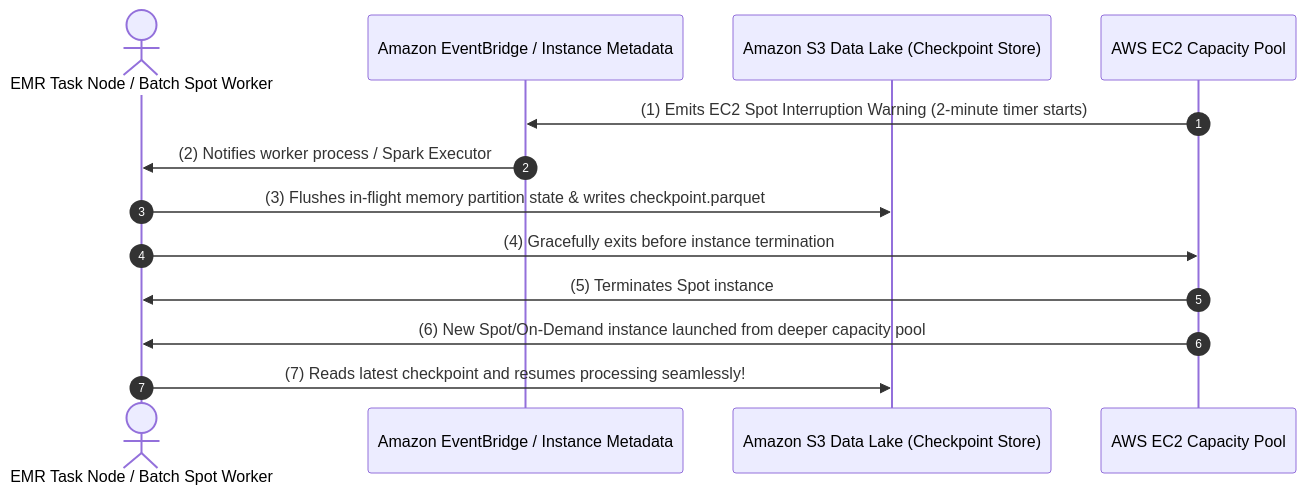
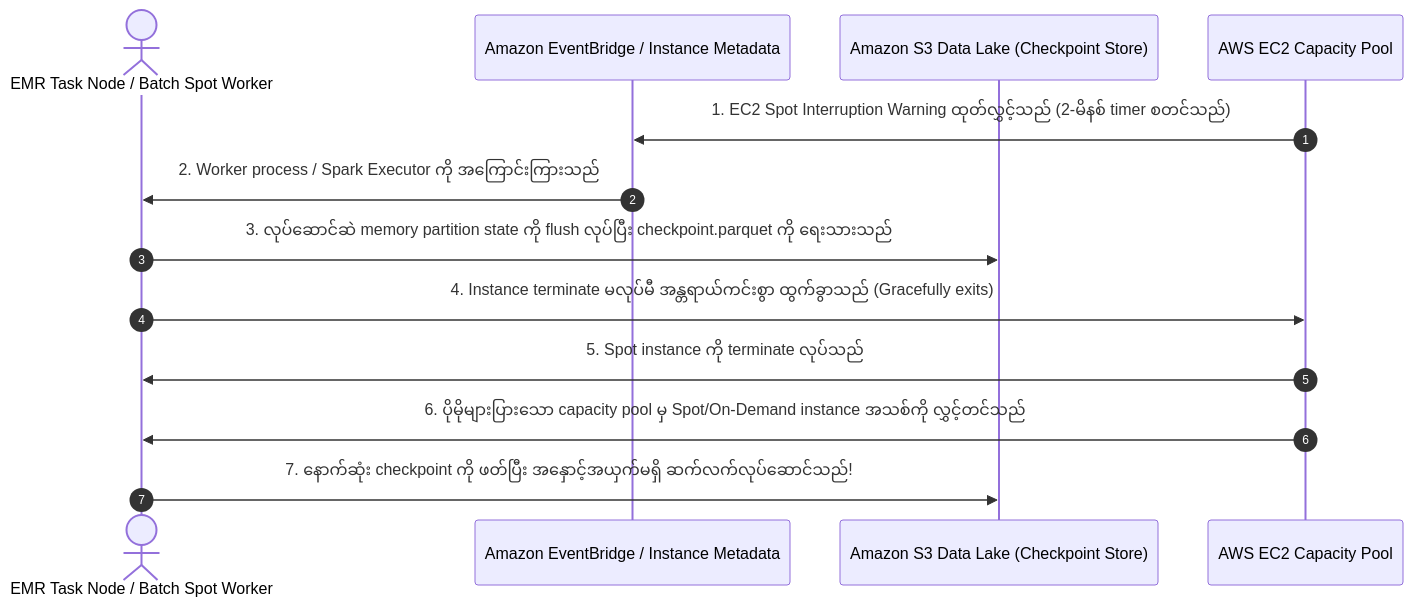
The second of 4 diagrams in content/mm/02-services/compute-containers/ec2-and-graviton.md (Wathon/aws-dea-c01-note), drawn with Mermaid before and after one commit. The commit also changed other lines of this file and 41 other files, not shown here.

````diff
--- a/content/mm/02-services/compute-containers/ec2-and-graviton.md
+++ b/content/mm/02-services/compute-containers/ec2-and-graviton.md
@@ -93,16 +101,16 @@
 ```mermaid
 sequenceDiagram
     autonumber
     actor Task as EMR Task Node / Batch Spot Worker
     participant Event as Amazon EventBridge / Instance Metadata
     participant S3 as Amazon S3 Data Lake (Checkpoint Store)
     participant AWS as AWS EC2 Capacity Pool
 
-    AWS->>Event: (1) Emits EC2 Spot Interruption Warning (2-minute timer starts)
-    Event->>Task: (2) Notifies worker process / Spark Executor
-    Task->>S3: (3) Flushes in-flight memory partition state & writes checkpoint.parquet
-    Task->>AWS: (4) Gracefully exits before instance termination
-    AWS->>Task: (5) Terminates Spot instance
-    AWS->>Task: (6) New Spot/On-Demand instance launched from deeper capacity pool
-    Task->>S3: (7) Reads latest checkpoint and resumes processing seamlessly!
+    AWS->>Event: 1. EC2 Spot Interruption Warning ထုတ်လွှင့်သည် (2-မိနစ် timer စတင်သည်)
+    Event->>Task: 2. Worker process / Spark Executor ကို အကြောင်းကြားသည်
+    Task->>S3: 3. လုပ်ဆောင်ဆဲ memory partition state ကို flush လုပ်ပြီး checkpoint.parquet ကို ရေးသားသည်
+    Task->>AWS: 4. Instance terminate မလုပ်မီ အန္တရာယ်ကင်းစွာ ထွက်ခွာသည် (Gracefully exits)
+    AWS->>Task: 5. Spot instance ကို terminate လုပ်သည်
+    AWS->>Task: 6. ပိုမိုများပြားသော capacity pool မှ Spot/On-Demand instance အသစ်ကို လွှင့်တင်သည်
+    Task->>S3: 7. နောက်ဆုံး checkpoint ကို ဖတ်ပြီး အနှောင့်အယှက်မရှိ ဆက်လက်လုပ်ဆောင်သည်!
 ```
````
